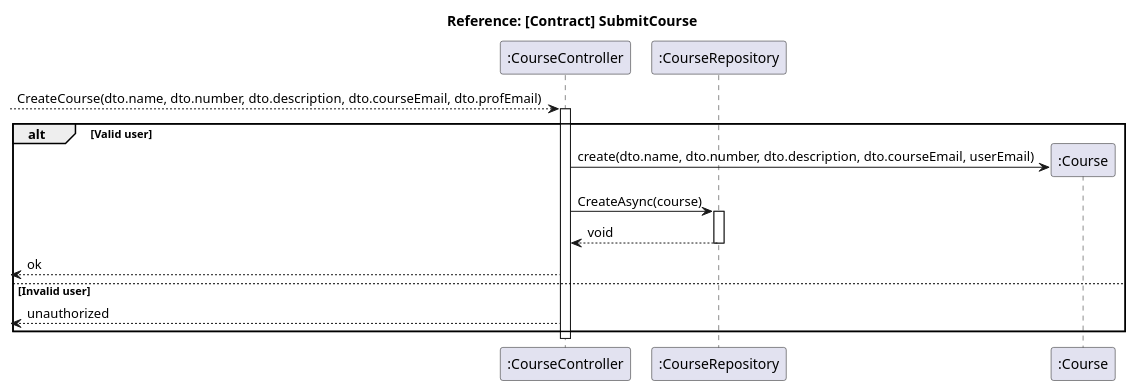
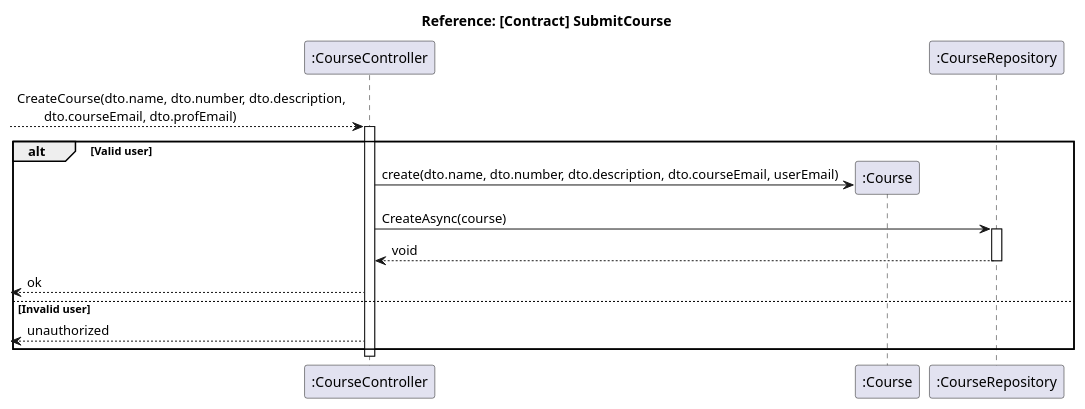
One commit to Singh-Kiran-P/StuNet changed the diagram in Diagrams/Sequence_Diagrams/create_course.puml. Above: the diagram before and after it, drawn with PlantUML. The commit also changed 6 other files, not shown here.

Commit message:
docs: Move participants in /Sequence_Diagrams

```diff
--- a/Diagrams/Sequence_Diagrams/create_course.puml
+++ b/Diagrams/Sequence_Diagrams/create_course.puml
@@ -1,27 +1,27 @@
 @startuml Create course
 
 title Reference: [Contract] SubmitCourse
 
 participant ":CourseController" as controller
+participant ":Course" as course
 participant ":CourseRepository" as repository
-participant ":Course" as course
 
---> controller: CreateCourse(dto.name, dto.number, dto.description, dto.courseEmail, dto.profEmail)
+--> controller: CreateCourse(dto.name, dto.number, dto.description,\n\tdto.courseEmail, dto.profEmail)
 activate controller
 
 alt Valid user
     controller -> course **: create(dto.name, dto.number, dto.description, dto.courseEmail, userEmail)
     
     controller -> repository: CreateAsync(course)
     activate repository
     repository --> controller: void
     deactivate repository
 
     <-- controller: ok
 else Invalid user
     <-- controller: unauthorized
 end
 
 deactivate controller
 
 @enduml
```
